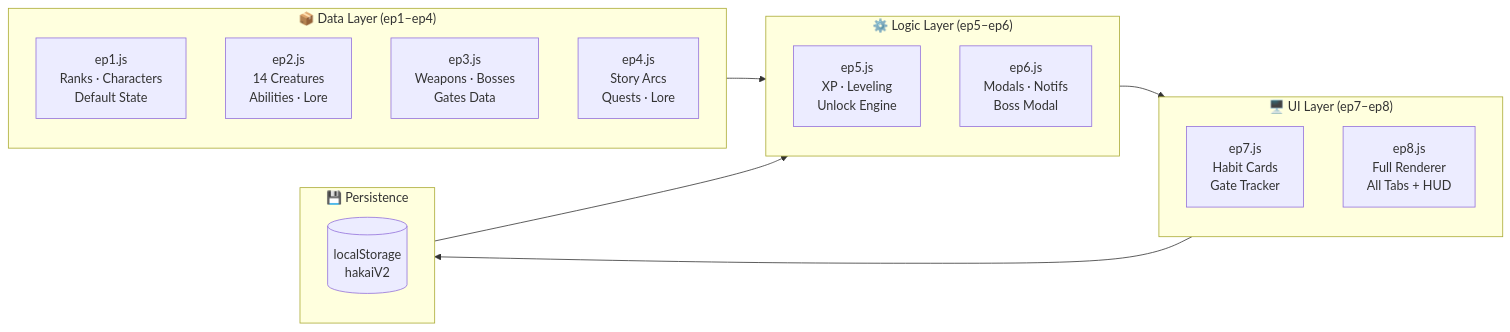
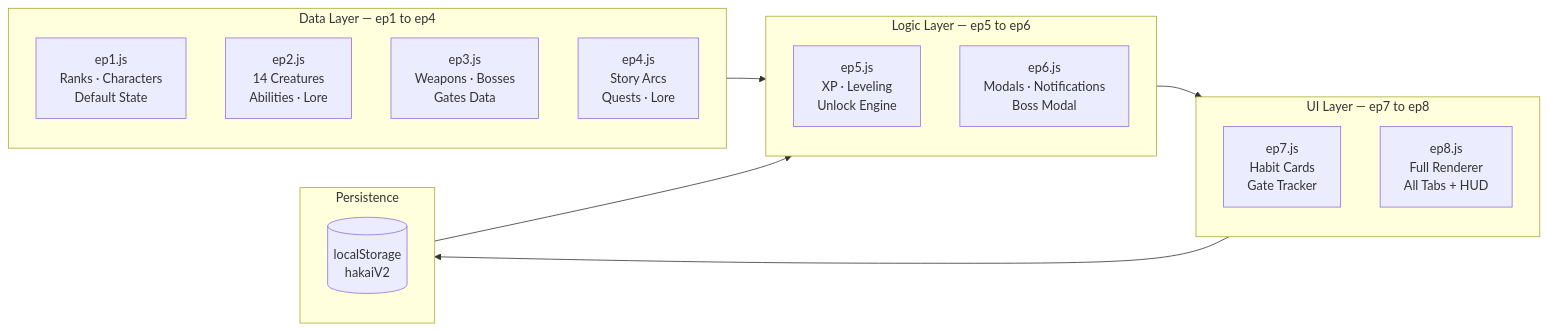
The second of 5 diagrams in README.md (Jeevan-0508/hakai-protocol-v2), drawn with Mermaid before and after one commit. The commit also changed other lines of this file, not shown here.

Commit message:
Fix Mermaid syntax errors — escape special chars in all 5 flowcharts

````diff
--- a/README.md
+++ b/README.md
@@ -122,28 +135,45 @@
 ```mermaid
 flowchart LR
-    subgraph DATA["📦 Data Layer (ep1–ep4)"]
-        E1[ep1.js\nRanks · Characters\nDefault State]
-        E2[ep2.js\n14 Creatures\nAbilities · Lore]
-        E3[ep3.js\nWeapons · Bosses\nGates Data]
-        E4[ep4.js\nStory Arcs\nQuests · Lore]
+    subgraph DATA["Data Layer — ep1 to ep4"]
+        E1["ep1.js
+Ranks · Characters
+Default State"]
+        E2["ep2.js
+14 Creatures
+Abilities · Lore"]
+        E3["ep3.js
+Weapons · Bosses
+Gates Data"]
+        E4["ep4.js
+Story Arcs
+Quests · Lore"]
     end
 
-    subgraph LOGIC["⚙️ Logic Layer (ep5–ep6)"]
-        E5[ep5.js\nXP · Leveling\nUnlock Engine]
-        E6[ep6.js\nModals · Notifs\nBoss Modal]
+    subgraph LOGIC["Logic Layer — ep5 to ep6"]
+        E5["ep5.js
+XP · Leveling
+Unlock Engine"]
+        E6["ep6.js
+Modals · Notifications
+Boss Modal"]
     end
 
-    subgraph UI["🖥️ UI Layer (ep7–ep8)"]
-        E7[ep7.js\nHabit Cards\nGate Tracker]
-        E8[ep8.js\nFull Renderer\nAll Tabs + HUD]
+    subgraph UI["UI Layer — ep7 to ep8"]
+        E7["ep7.js
+Habit Cards
+Gate Tracker"]
+        E8["ep8.js
+Full Renderer
+All Tabs + HUD"]
     end
 
-    subgraph STORAGE["💾 Persistence"]
-        LS[(localStorage\nhakaiV2)]
+    subgraph STORAGE["Persistence"]
+        LS[("localStorage
+hakaiV2")]
     end
 
     DATA --> LOGIC
     LOGIC --> UI
     UI --> STORAGE
     STORAGE --> LOGIC
 ```
````
